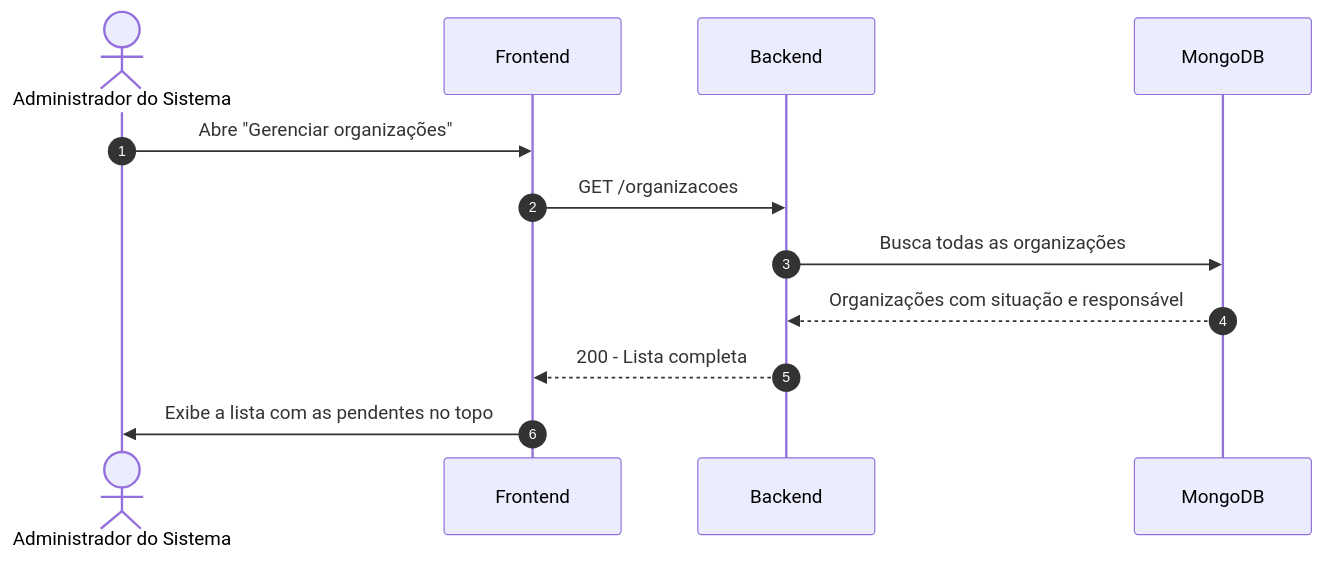
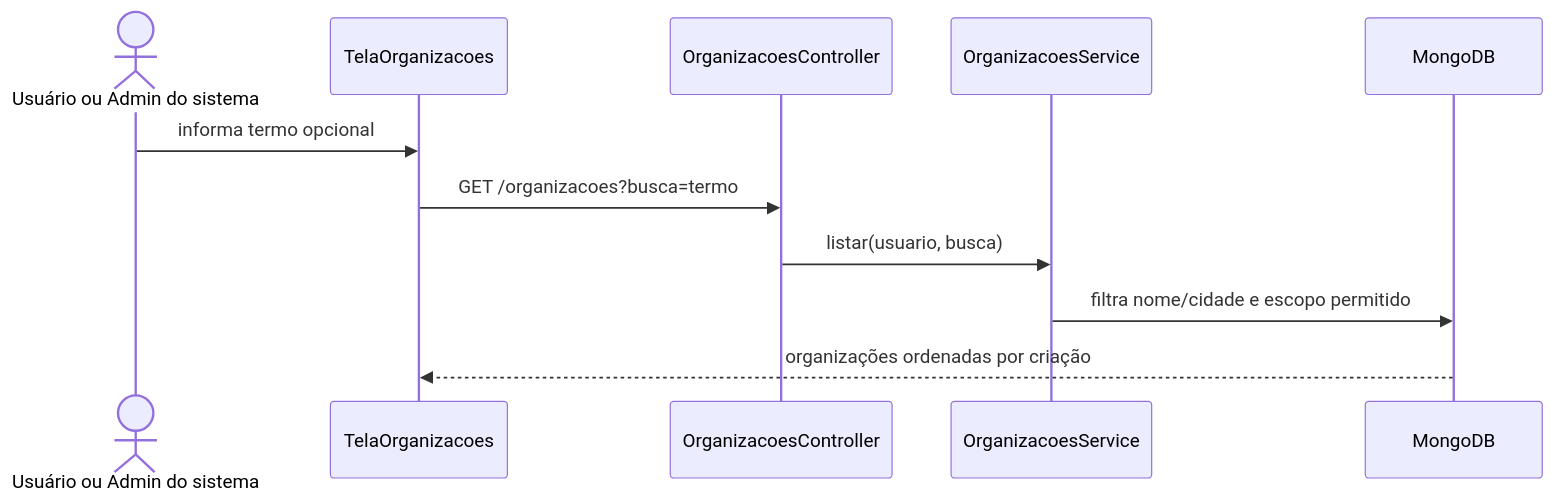
One commit to Conecta-IFSP/DOCUMENTATION changed the second of 8 diagrams in 2 - Incremento1/cadastro-organizacao/6 - diagramas-sequencia-cadastro-organizacao.md. Above: the diagram before and after it, drawn with Mermaid. The commit also changed other lines of this file and 43 other files, not shown here.

````diff
--- a/2 - Incremento1/cadastro-organizacao/6 - diagramas-sequencia-cadastro-organizacao.md
+++ b/2 - Incremento1/cadastro-organizacao/6 - diagramas-sequencia-cadastro-organizacao.md
@@ -25,15 +24,13 @@
 ```mermaid
 sequenceDiagram
-    autonumber
-    actor AdminSis as Administrador do Sistema
-    participant Front as Frontend
-    participant API as Backend
+    actor U as Usuário ou Admin do sistema
+    participant T as TelaOrganizacoes
+    participant C as OrganizacoesController
+    participant S as OrganizacoesService
     participant DB as MongoDB
-
-    AdminSis->>Front: Abre "Gerenciar organizações"
-    Front->>API: GET /organizacoes
-    API->>DB: Busca todas as organizações
-    DB-->>API: Organizações com situação e responsável
-    API-->>Front: 200 - Lista completa
-    Front->>AdminSis: Exibe a lista com as pendentes no topo
+    U->>T: informa termo opcional
+    T->>C: GET /organizacoes?busca=termo
+    C->>S: listar(usuario, busca)
+    S->>DB: filtra nome/cidade e escopo permitido
+    DB-->>T: organizações ordenadas por criação
 ```
````
